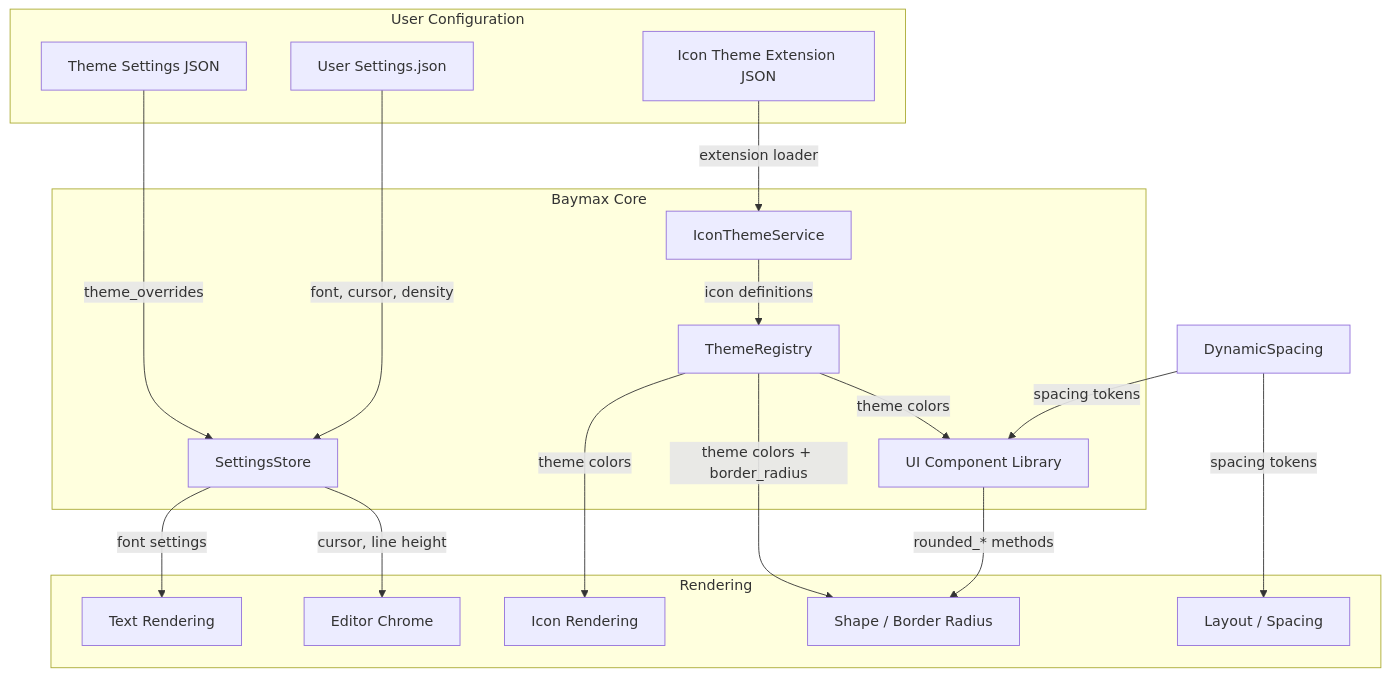
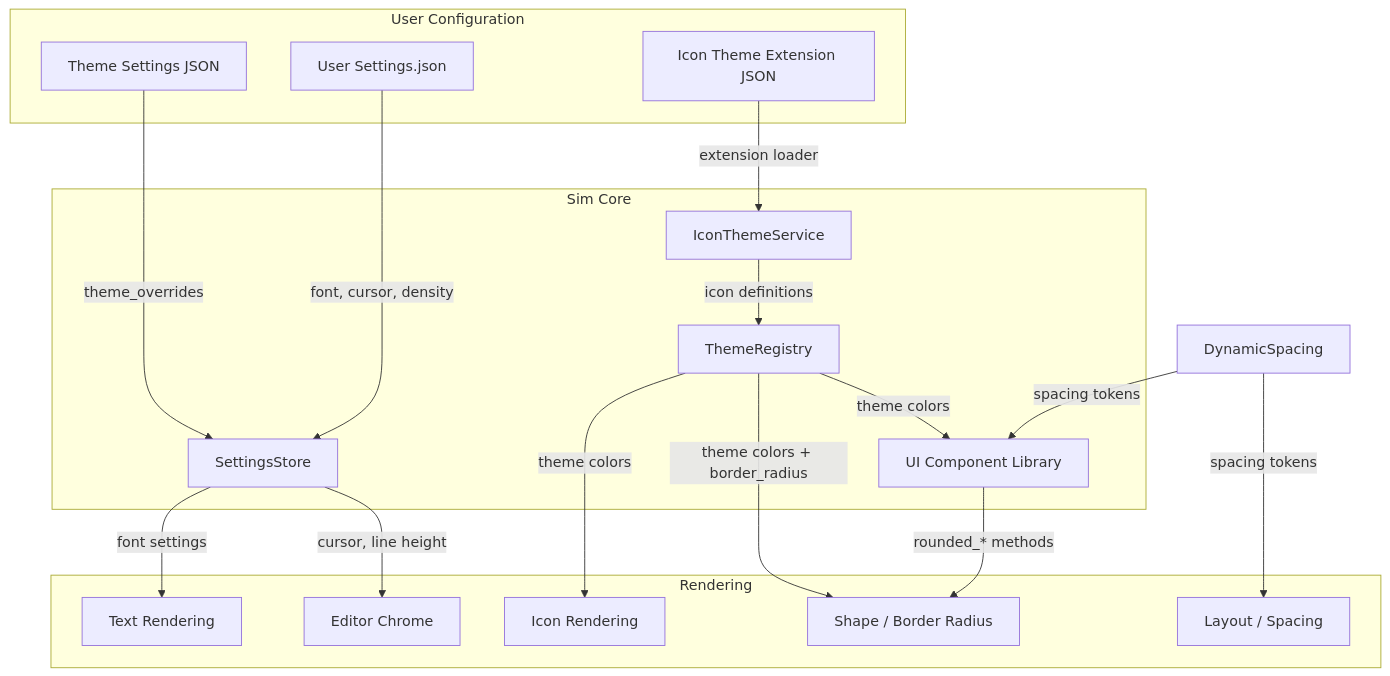
One commit to imagineerings/xor changed the diagram in .agents/specs/spectrum-2-ui-language/design.md. Above: the diagram before and after it, drawn with Mermaid. The commit also changed other lines of this file and 1952 other files, not shown here.

Commit message:
chore: rename from baymax to sim (#61)

````diff
--- a/.agents/specs/spectrum-2-ui-language/design.md
+++ b/.agents/specs/spectrum-2-ui-language/design.md
@@ -39,36 +39,36 @@
 ```mermaid
 graph TD
     subgraph "User Configuration"
         TS[Theme Settings JSON]
         US[User Settings.json]
         ITS[Icon Theme Extension JSON]
     end
 
-    subgraph "Baymax Core"
+    subgraph "Sim Core"
         TR[ThemeRegistry]
         ITSvc[IconThemeService]
         SS[SettingsStore]
         UI[UI Component Library]
     end
 
     subgraph "Rendering"
         Txt[Text Rendering]
         Ico[Icon Rendering]
         Lay[Layout / Spacing]
         Shp[Shape / Border Radius]
         Ed[Editor Chrome]
     end
 
     TS -->|theme_overrides| SS
     US -->|font, cursor, density| SS
     ITS -->|extension loader| ITSvc
     ITSvc -->|icon definitions| TR
     SS -->|font settings| Txt
     SS -->|cursor, line height| Ed
     TR -->|theme colors| Ico
     TR -->|theme colors + border_radius| Shp
     TR -->|theme colors| UI
     DynamicSpacing -->|spacing tokens| Lay
     DynamicSpacing -->|spacing tokens| UI
     UI -->|rounded_* methods| Shp
 ```
````
